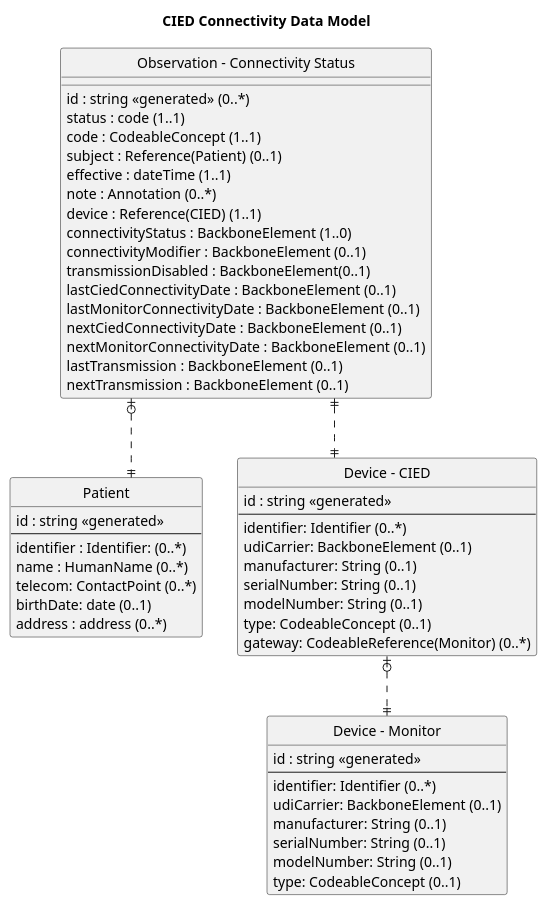
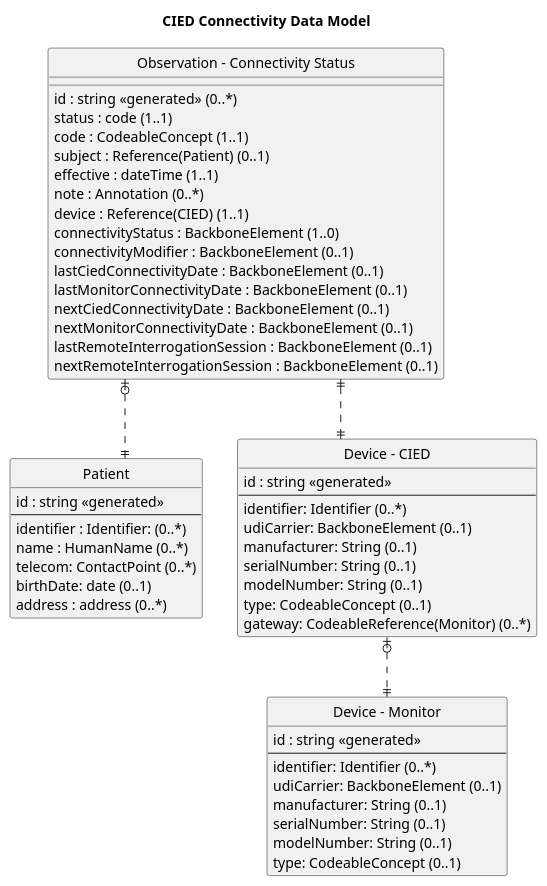
Before and after one commit to HL7/CardX-CIED: the diagram in input/images-source/data-model1.plantuml, drawn with PlantUML. The commit also changed 18 other files, not shown here.

```diff
--- a/input/images-source/data-model1.plantuml
+++ b/input/images-source/data-model1.plantuml
@@ -1,94 +1,93 @@
 @startuml
 title CIED Connectivity Data Model
 
 hide circle
 
 skinparam linetype ortho
 
 entity "Patient" as Patient {
   id : string <<generated>>
   --
   identifier : Identifier: (0..*)
   name : HumanName (0..*)
   telecom: ContactPoint (0..*)
   birthDate: date (0..1)
   address : address (0..*)   
 }
 
 entity "Device - CIED" as cied {
   id : string <<generated>>
   --
   identifier: Identifier (0..*)
   udiCarrier: BackboneElement (0..1)
   manufacturer: String (0..1)
   serialNumber: String (0..1)
   modelNumber: String (0..1)
   type: CodeableConcept (0..1)
   gateway: CodeableReference(Monitor) (0..*)
 }
 
 entity "Device - Monitor" as monitor {
   id : string <<generated>>
   --
   identifier: Identifier (0..*)
   udiCarrier: BackboneElement (0..1)
   manufacturer: String (0..1)
   serialNumber: String (0..1)
   modelNumber: String (0..1)
   type: CodeableConcept (0..1)
 }
 /' - 3/19/25 remove encounter and device association from connectivity use case
 entity "DeviceAssociation" as devassoc {
     id: id <<1..1>>
     --
     identifier: Identifier (0..*)
     device: Reference(Device) (1..1)
     status: CodeableConcept (1..1)
     subject: Reference(Patient) (0..1)   
 }
 '/
 
 entity "Observation - Connectivity Status" as Connectivity {
     id : string <<generated>> (0..*)
     status : code (1..1)
     code : CodeableConcept (1..1)
     subject : Reference(Patient) (0..1)
     effective : dateTime (1..1)
     note : Annotation (0..*)
     device : Reference(CIED) (1..1)
     connectivityStatus : BackboneElement (1..0)
     connectivityModifier : BackboneElement (0..1)
-    transmissionDisabled : BackboneElement(0..1) 
     lastCiedConnectivityDate : BackboneElement (0..1)
     lastMonitorConnectivityDate : BackboneElement (0..1)
     nextCiedConnectivityDate : BackboneElement (0..1)
     nextMonitorConnectivityDate : BackboneElement (0..1)
-    lastTransmission : BackboneElement (0..1)
-    nextTransmission : BackboneElement (0..1)
+    lastRemoteInterrogationSession : BackboneElement (0..1)
+    nextRemoteInterrogationSession : BackboneElement (0..1)
 }
 /' - 3/19/25 remove encounter and device association from connectivity use case
 entity "Encounter" as Encounter {
   *id : string <<generated>>
   --
   identifier : Identifier: (1..*)
   status : Code (1..1)
   type: CodeableConcept (1..*)
   subject: Reference(Patient) (1..1) 
   participant: Reference(Device) (1..*)
   actualPeriod: Period (0..1)
   plannedStartDate (0..1)
 }
 '/
 
 Connectivity |o..|| Patient
 Connectivity ||..|| cied
 cied |o..|| monitor
 /' - 3/19/25 remove encounter and device association from connectivity
 devassoc ||..|| cied
 devassoc ||..o| Patient
 devassoc ||..o| monitor
 Encounter ||..|| Patient
 Encounter ||..|| cied
 Encounter ||..|| monitor
 '/
 @enduml
```
